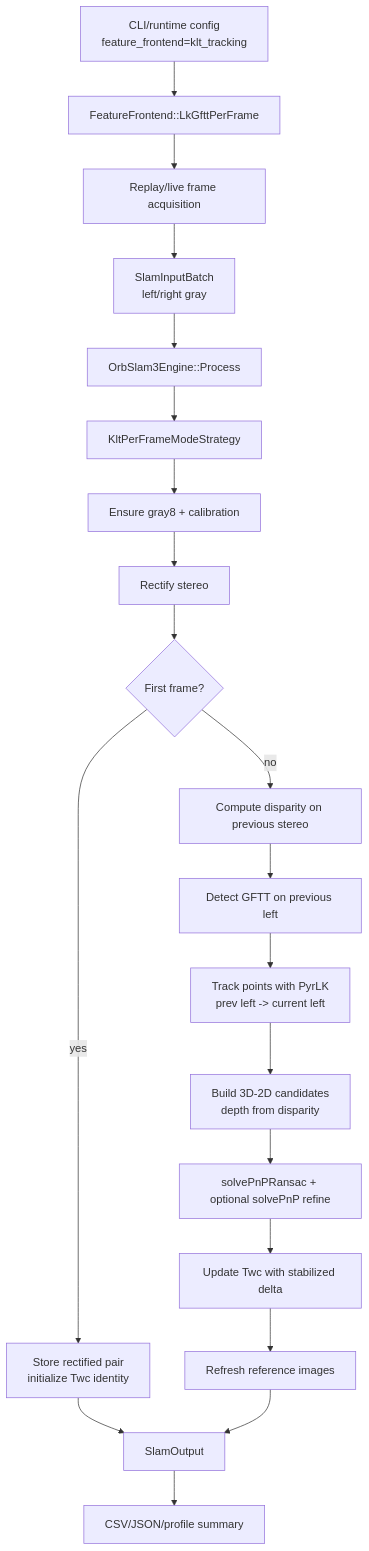
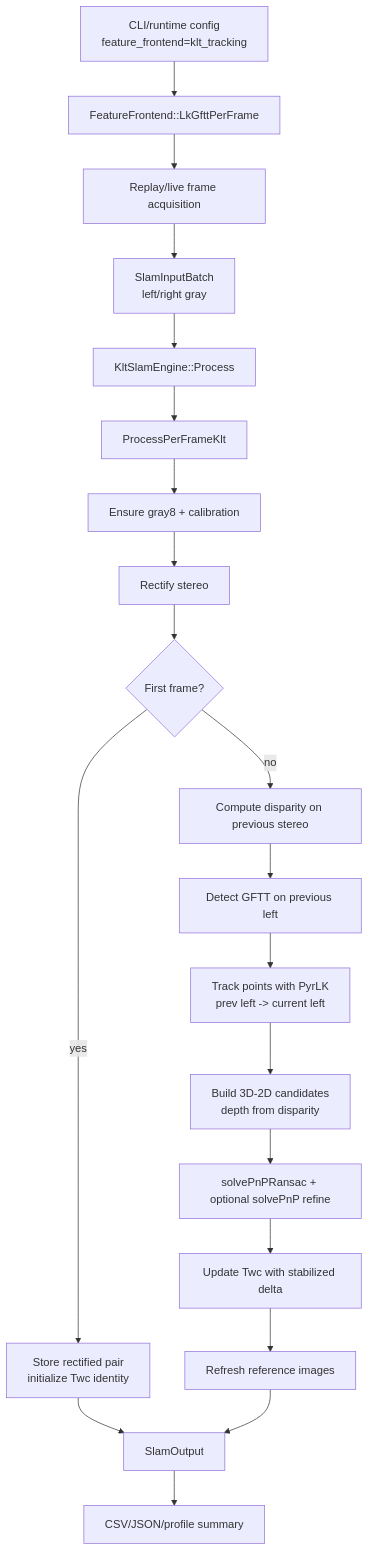
Before and after one commit to litingzhang/SmartDrone: the first of 2 diagrams in docs/klt_tracking_mode_flow.md, drawn with Mermaid. The commit also changed other lines of this file and 356 other files, not shown here.

Commit message:
Refactor SLAM backends and absorb ORB-SLAM3 modules

````diff
--- a/docs/klt_tracking_mode_flow.md
+++ b/docs/klt_tracking_mode_flow.md
@@ -11,22 +11,22 @@
 ```mermaid
 flowchart TD
     A[CLI/runtime config<br/>feature_frontend=klt_tracking] --> B[FeatureFrontend::LkGfttPerFrame]
     B --> C[Replay/live frame acquisition]
     C --> D[SlamInputBatch<br/>left/right gray]
-    D --> E[OrbSlam3Engine::Process]
-    E --> F[KltPerFrameModeStrategy]
+    D --> E[KltSlamEngine::Process]
+    E --> F[ProcessPerFrameKlt]
     F --> G[Ensure gray8 + calibration]
     G --> H[Rectify stereo]
     H --> I{First frame?}
     I -- yes --> J[Store rectified pair<br/>initialize Twc identity]
     I -- no --> K[Compute disparity on previous stereo]
     K --> L[Detect GFTT on previous left]
     L --> M[Track points with PyrLK<br/>prev left -> current left]
     M --> N[Build 3D-2D candidates<br/>depth from disparity]
     N --> O[solvePnPRansac + optional solvePnP refine]
     O --> P[Update Twc with stabilized delta]
     P --> Q[Refresh reference images]
     J --> R[SlamOutput]
     Q --> R
     R --> S[CSV/JSON/profile summary]
 ```
````
